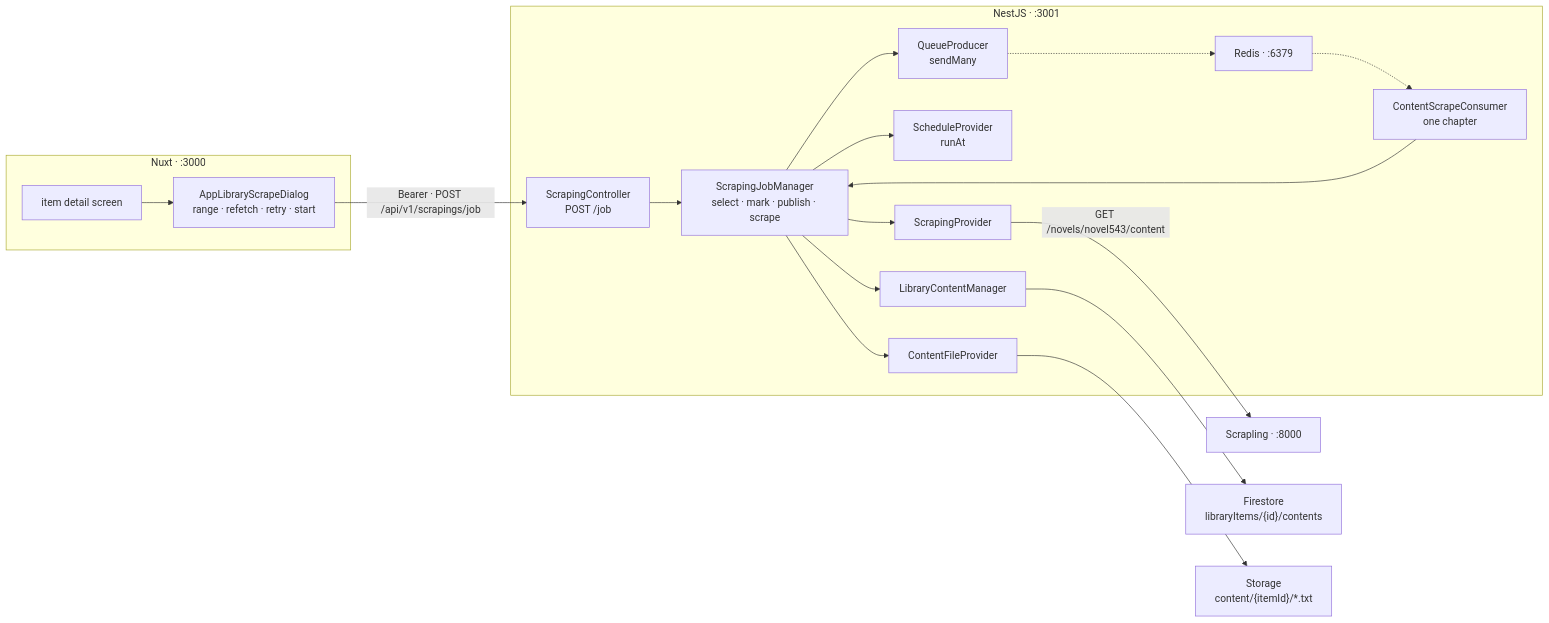
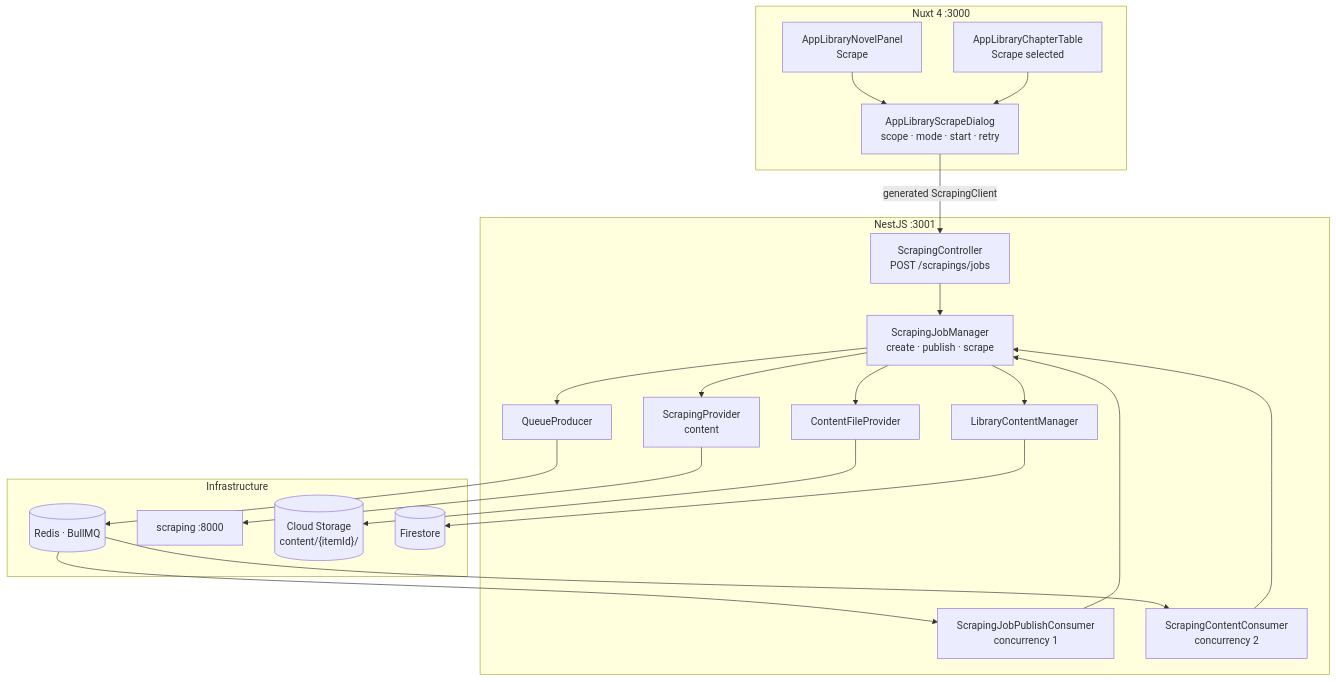
The first of 3 diagrams in _docs/plan/[scraping]-part2_download_library_content.md (datntdev0/projects.media-studio), drawn with Mermaid before and after one commit. The commit also changed other lines of this file and 11 other files, not shown here.

````diff
--- a/_docs/plan/[scraping]-part2_download_library_content.md
+++ b/_docs/plan/[scraping]-part2_download_library_content.md
@@ -141,38 +115,36 @@
 ```mermaid
-flowchart LR
-    subgraph fe["Nuxt · :3000"]
-        DIALOG["AppLibraryScrapeDialog<br/>range · refetch · retry · start"]
-        DETAIL["item detail screen"]
-        DETAIL --> DIALOG
+flowchart TB
+    subgraph fe["Nuxt 4 :3000"]
+        PANEL["AppLibraryNovelPanel<br/>Scrape"]
+        TABLE["AppLibraryChapterTable<br/>Scrape selected"]
+        DLG["AppLibraryScrapeDialog<br/>scope · mode · start · retry"]
     end
 
-    subgraph be["NestJS · :3001"]
-        CTRL["ScrapingController<br/>POST /job"]
-        JMGR["ScrapingJobManager<br/>select · mark · publish · scrape"]
-        PROD["QueueProducer<br/>sendMany"]
-        SCHED["ScheduleProvider<br/>runAt"]
-        CONS["ContentScrapeConsumer<br/>one chapter"]
+    subgraph be["NestJS :3001"]
+        CTRL["ScrapingController<br/>POST /scrapings/jobs"]
+        JMGR["ScrapingJobManager<br/>create · publish · scrape"]
+        PROD["QueueProducer"]
+        JC["ScrapingJobPublishConsumer<br/>concurrency 1"]
+        CC["ScrapingContentConsumer<br/>concurrency 2"]
+        PROV["ScrapingProvider<br/>content"]
+        CFP["ContentFileProvider"]
         CMGR["LibraryContentManager"]
-        FILES["ContentFileProvider"]
-        PROV["ScrapingProvider"]
-        CTRL --> JMGR
-        JMGR --> CMGR
-        JMGR --> SCHED
-        JMGR --> PROD
-        PROD -.-> REDIS
-        REDIS -.-> CONS
-        CONS --> JMGR
-        JMGR --> PROV
-        JMGR --> FILES
     end
 
-    REDIS["Redis · :6379"]
-    SCRAPE["Scrapling · :8000"]
-    FS["Firestore<br/>libraryItems/{id}/contents"]
-    ST["Storage<br/>content/{itemId}/*.txt"]
+    subgraph inf["Infrastructure"]
+        R[("Redis · BullMQ")]
+        PY["scraping :8000"]
+        ST[("Cloud Storage<br/>content/{itemId}/")]
+        FS[("Firestore")]
+    end
 
-    DIALOG -- "Bearer · POST /api/v1/scrapings/job" --> CTRL
-    PROV -- "GET /novels/novel543/content" --> SCRAPE
-    CMGR --> FS
-    FILES --> ST
+    PANEL --> DLG
+    TABLE --> DLG
+    DLG -- "generated ScrapingClient" --> CTRL --> JMGR
+    JMGR --> PROD --> R
+    R --> JC --> JMGR
+    R --> CC --> JMGR
+    JMGR --> PROV --> PY
+    JMGR --> CFP --> ST
+    JMGR --> CMGR --> FS
 ```
````
